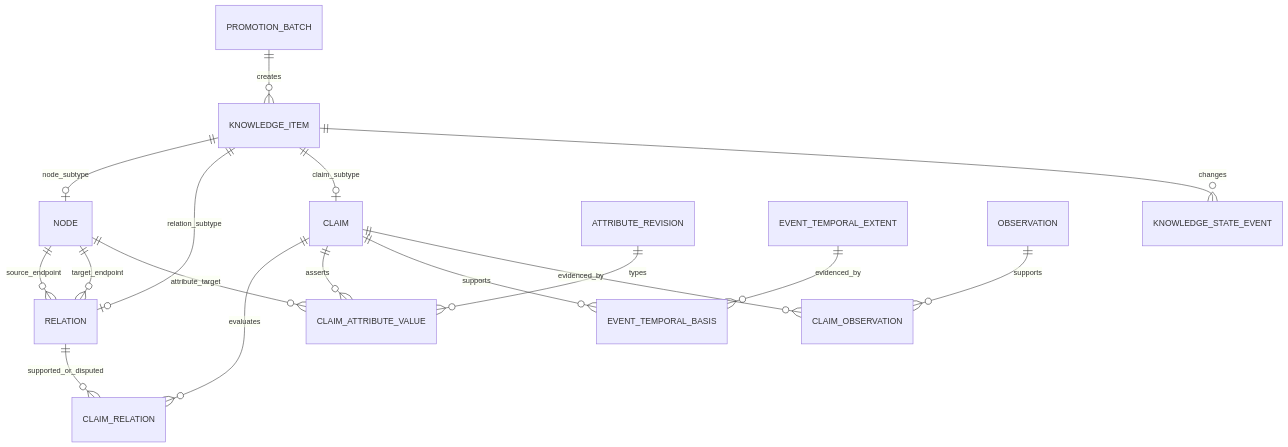
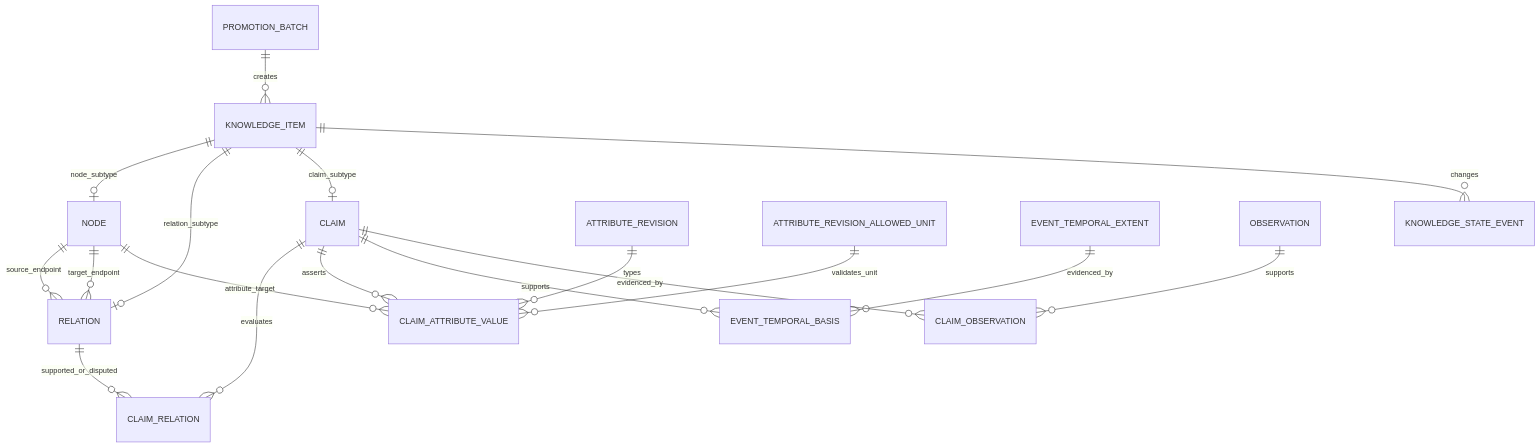
The fourth of 5 diagrams in docs/data/logical-schema.md (studylida/ontology-map), drawn with Mermaid before and after one commit. The commit also changed other lines of this file, not shown here.

Commit message:
docs: define multi-unit NUMBER attribute contract (#200)

````diff
--- a/docs/data/logical-schema.md
+++ b/docs/data/logical-schema.md
@@ -92,19 +93,20 @@
 ```mermaid
 erDiagram
     PROMOTION_BATCH ||--o{ KNOWLEDGE_ITEM : creates
     KNOWLEDGE_ITEM ||--o| NODE : node_subtype
     KNOWLEDGE_ITEM ||--o| RELATION : relation_subtype
     KNOWLEDGE_ITEM ||--o| CLAIM : claim_subtype
     KNOWLEDGE_ITEM ||--o{ KNOWLEDGE_STATE_EVENT : changes
     NODE ||--o{ RELATION : source_endpoint
     NODE ||--o{ RELATION : target_endpoint
     CLAIM ||--o{ CLAIM_RELATION : evaluates
     RELATION ||--o{ CLAIM_RELATION : supported_or_disputed
     CLAIM ||--o{ CLAIM_ATTRIBUTE_VALUE : asserts
     NODE ||--o{ CLAIM_ATTRIBUTE_VALUE : attribute_target
     ATTRIBUTE_REVISION ||--o{ CLAIM_ATTRIBUTE_VALUE : types
+    ATTRIBUTE_REVISION_ALLOWED_UNIT ||--o{ CLAIM_ATTRIBUTE_VALUE : validates_unit
     CLAIM ||--o{ EVENT_TEMPORAL_BASIS : supports
     EVENT_TEMPORAL_EXTENT ||--o{ EVENT_TEMPORAL_BASIS : evidenced_by
     CLAIM ||--o{ CLAIM_OBSERVATION : evidenced_by
     OBSERVATION ||--o{ CLAIM_OBSERVATION : supports
 ```
````
